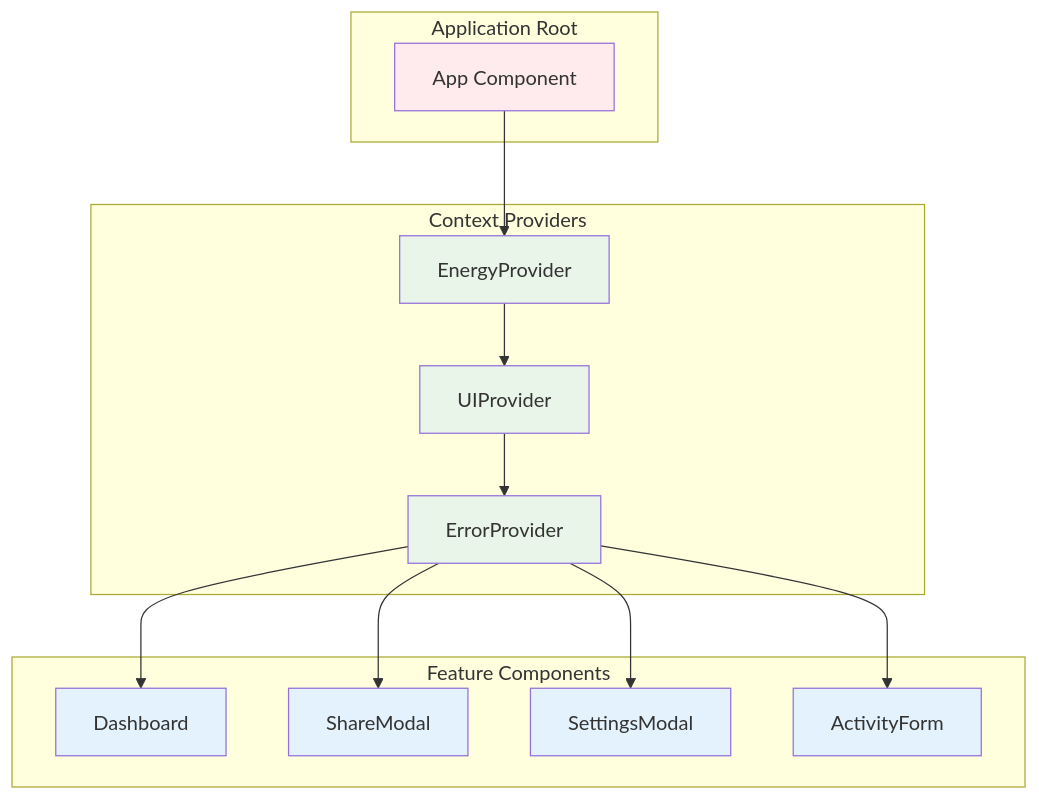
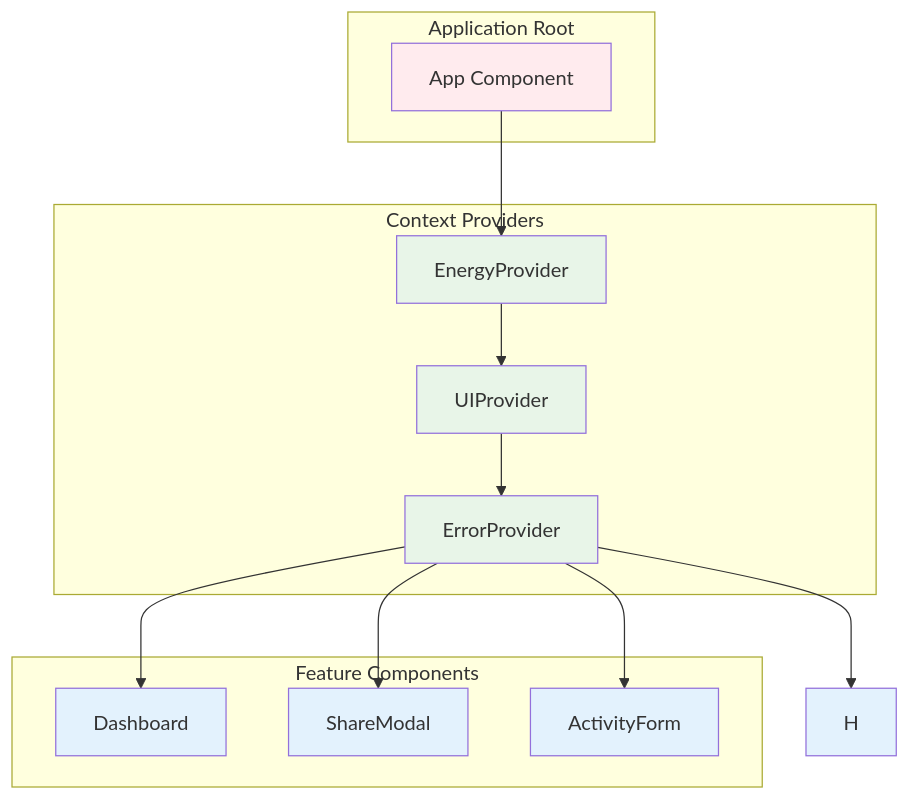
The eighth of 13 diagrams in docs/software_design.md (tobihagemann/energiekuchen), drawn with Mermaid before and after one commit. The commit also changed other lines of this file and 22 other files, not shown here.

Commit message:
Remove settings modal

````diff
--- a/docs/software_design.md
+++ b/docs/software_design.md
@@ -677,35 +654,34 @@
 ```mermaid
 graph TB
     subgraph "Application Root"
         A[App Component]
     end
 
     subgraph "Context Providers"
         B[EnergyProvider]
         C[UIProvider]
         D[ErrorProvider]
     end
 
     subgraph "Feature Components"
         E[Dashboard]
         F[ShareModal]
-        G[SettingsModal]
-        H[ActivityForm]
+        G[ActivityForm]
     end
 
     A --> B
     B --> C
     C --> D
     D --> E
     D --> F
     D --> G
     D --> H
 
     classDef root fill:#ffebee
     classDef provider fill:#e8f5e8
     classDef component fill:#e3f2fd
 
     class A root
     class B,C,D provider
     class E,F,G,H component
 ```
````
